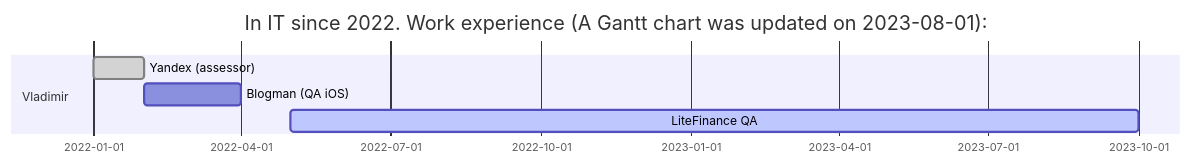
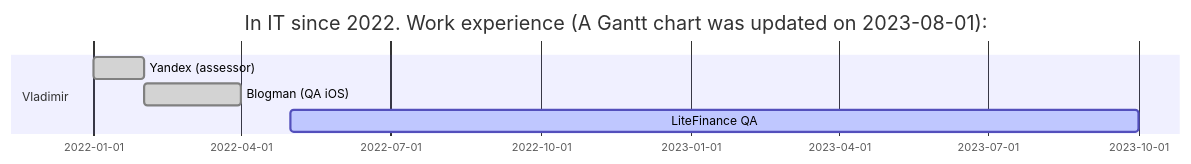
One commit to A-d-am/A-d-am changed the diagram in README.md. Above: the diagram before and after it, drawn with Mermaid.

````diff
--- a/README.md
+++ b/README.md
@@ -7,9 +7,9 @@
 ```mermaid
   gantt 
     title In IT since 2022. Work experience (A Gantt chart was updated on 2023-08-01):
     dateFormat  YYYY-MM
     section Vladimir
     Yandex (assessor)        :done, 2022-01, 2022-02
-    Blogman (QA iOS)	  :after, 2022-02, 2022-04
+    Blogman (QA iOS)	  :done, 2022-02, 2022-04
     LiteFinance QA         :active, 2022-05, 2023-10
 ```
````
